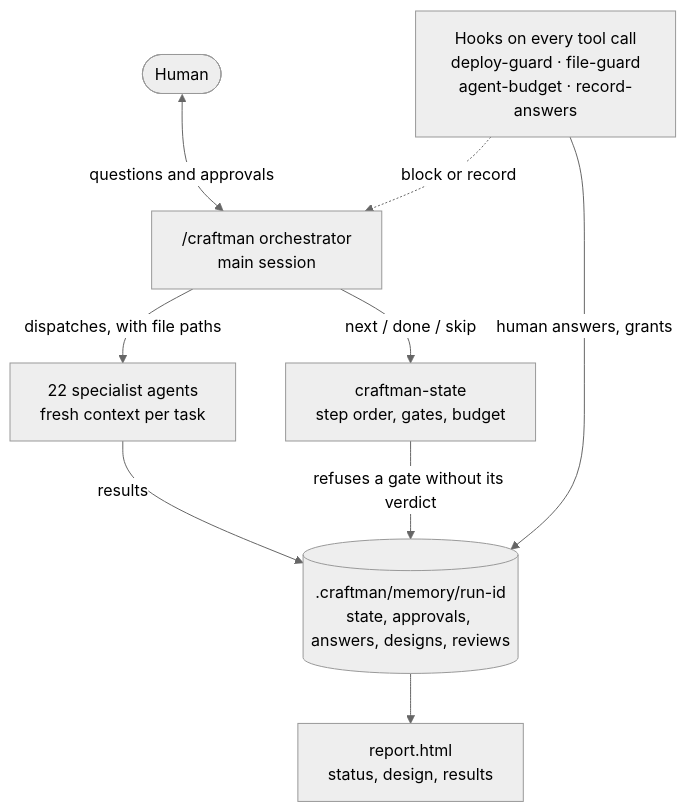
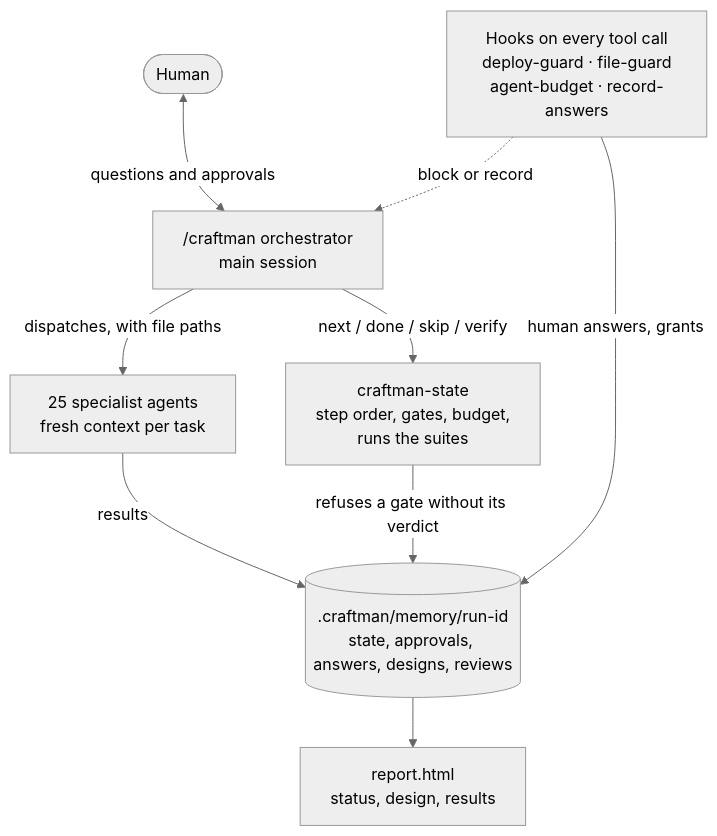
The second of 2 diagrams in README.md (suraj-singh-sde/ai-craftman), drawn with Mermaid (neutral theme) before and after one commit. The commit also changed other lines of this file and 31 other files, not shown here.

````diff
--- a/README.md
+++ b/README.md
@@ -119,11 +122,11 @@
 ```mermaid
 flowchart TB
     human(["Human"]) <-- "questions and approvals" --> orch["/craftman orchestrator<br/>main session"]
     hooks["Hooks on every tool call<br/>deploy-guard · file-guard<br/>agent-budget · record-answers"] -. "block or record" .-> orch
-    orch -- "dispatches, with file paths" --> agents["22 specialist agents<br/>fresh context per task"]
-    orch -- "next / done / skip" --> state["craftman-state<br/>step order, gates, budget"]
+    orch -- "dispatches, with file paths" --> agents["25 specialist agents<br/>fresh context per task"]
+    orch -- "next / done / skip / verify" --> state["craftman-state<br/>step order, gates, budget,<br/>runs the suites"]
     agents -- "results" --> mem[(".craftman/memory/run-id<br/>state, approvals, answers, designs, reviews")]
     state -- "refuses a gate without its verdict" --> mem
     hooks -- "human answers, grants" --> mem
     mem --> report["report.html<br/>status, design, results"]
 ```
````
